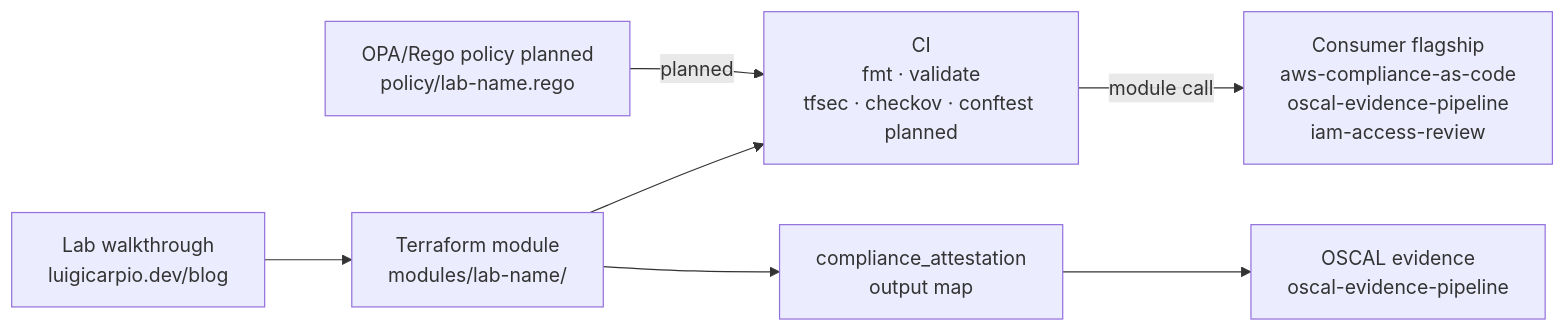
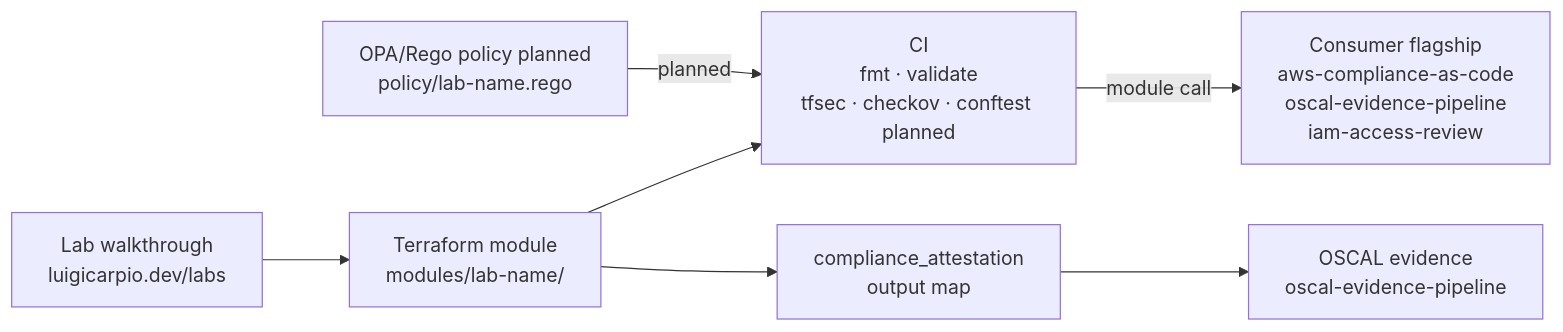
Before and after one commit to 0xBahalaNa/aws-grc-terraform-modules: the diagram in README.md, drawn with Mermaid. The commit also changed other lines of this file and 6 other files, not shown here.

Commit message:
docs: point lab walkthrough links at luigicarpio.dev/labs (#24)

````diff
--- a/README.md
+++ b/README.md
@@ -23,9 +23,9 @@
 ```mermaid
 graph LR
-    A[Lab walkthrough<br/>luigicarpio.dev/blog] --> B[Terraform module<br/>modules/lab-name/]
+    A[Lab walkthrough<br/>luigicarpio.dev/labs] --> B[Terraform module<br/>modules/lab-name/]
     B --> C[CI<br/>fmt · validate<br/>tfsec · checkov · conftest planned]
     C -->|module call| D[Consumer flagship<br/>aws-compliance-as-code<br/>oscal-evidence-pipeline<br/>iam-access-review]
     B --> E[compliance_attestation<br/>output map]
     E --> F[OSCAL evidence<br/>oscal-evidence-pipeline]
     G[OPA/Rego policy planned<br/>policy/lab-name.rego] -->|planned| C
 ```
````
